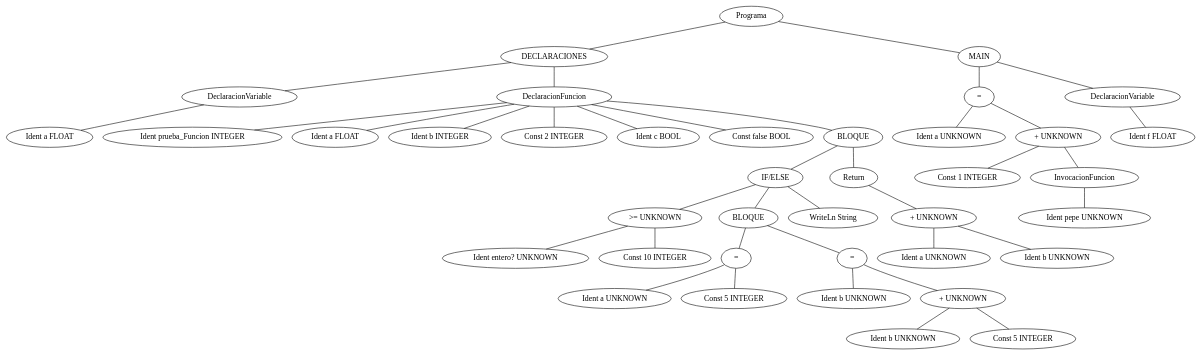
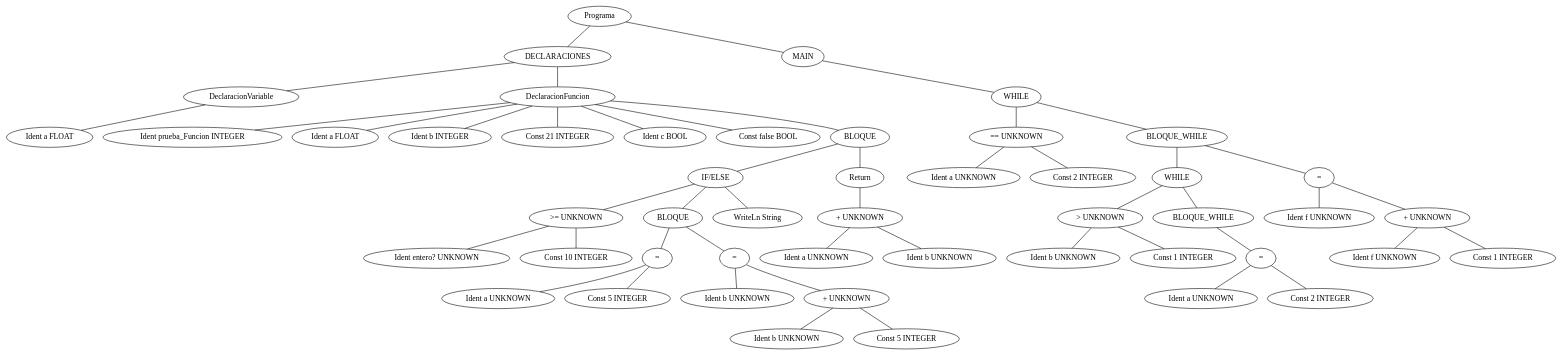
The diagram in arbol.dot (Mdimase/compilador), drawn with Graphviz before and after one commit. The commit also changed 71 other files, not shown here.

```diff
--- a/arbol.dot
+++ b/arbol.dot
@@ -1,78 +1,98 @@
 graph G {1 [label="Programa"]
 2 [label="DECLARACIONES"]
 1 -- 2
 3 [label="DeclaracionVariable"]
 2 -- 3
 5 [label="Ident a FLOAT"]
 3 -- 5
 6 [label="DeclaracionFuncion"]
 2 -- 6
 7 [label="Ident prueba_Funcion INTEGER"]
 6 -- 7
 27 [label="Ident a FLOAT"]
 6 -- 27
 28 [label="Ident b INTEGER"]
 6 -- 28
-29 [label="Const 2 INTEGER"]
+29 [label="Const 21 INTEGER"]
 6 -- 29
 30 [label="Ident c BOOL"]
 6 -- 30
 31 [label="Const false BOOL"]
 6 -- 31
 8 [label="BLOQUE"]
 6 -- 8
 9 [label="IF/ELSE"]
 8 -- 9
 10 [label=">= UNKNOWN"]
 9 -- 10
 11 [label="Ident entero? UNKNOWN"]
 10 -- 11
 12 [label="Const 10 INTEGER"]
 10 -- 12
 13 [label="BLOQUE"]
 9 -- 13
 14 [label="="]
 13 -- 14
 15 [label="Ident a UNKNOWN"]
 14 -- 15
 16 [label="Const 5 INTEGER"]
 14 -- 16
 17 [label="="]
 13 -- 17
 18 [label="Ident b UNKNOWN"]
 17 -- 18
 19 [label="+ UNKNOWN"]
 17 -- 19
 20 [label="Ident b UNKNOWN"]
 19 -- 20
 21 [label="Const 5 INTEGER"]
 19 -- 21
 22 [label="WriteLn String"]
 9 -- 22
 23 [label="Return"]
 8 -- 23
 24 [label="+ UNKNOWN"]
 23 -- 24
 25 [label="Ident a UNKNOWN"]
 24 -- 25
 26 [label="Ident b UNKNOWN"]
 24 -- 26
 32 [label="MAIN"]
 1 -- 32
-33 [label="="]
+33 [label="WHILE"]
 32 -- 33
-34 [label="Ident a UNKNOWN"]
+34 [label="== UNKNOWN"]
 33 -- 34
-35 [label="+ UNKNOWN"]
-33 -- 35
-36 [label="Const 1 INTEGER"]
-35 -- 36
-37 [label="InvocacionFuncion"]
-35 -- 37
-38 [label="Ident pepe UNKNOWN"]
+35 [label="Ident a UNKNOWN"]
+34 -- 35
+36 [label="Const 2 INTEGER"]
+34 -- 36
+37 [label="BLOQUE_WHILE"]
+33 -- 37
+38 [label="WHILE"]
 37 -- 38
-39 [label="DeclaracionVariable"]
-32 -- 39
-41 [label="Ident f FLOAT"]
+39 [label="> UNKNOWN"]
+38 -- 39
+40 [label="Ident b UNKNOWN"]
+39 -- 40
+41 [label="Const 1 INTEGER"]
 39 -- 41
+42 [label="BLOQUE_WHILE"]
+38 -- 42
+43 [label="="]
+42 -- 43
+44 [label="Ident a UNKNOWN"]
+43 -- 44
+45 [label="Const 2 INTEGER"]
+43 -- 45
+46 [label="="]
+37 -- 46
+47 [label="Ident f UNKNOWN"]
+46 -- 47
+48 [label="+ UNKNOWN"]
+46 -- 48
+49 [label="Ident f UNKNOWN"]
+48 -- 49
+50 [label="Const 1 INTEGER"]
+48 -- 50
 }
```
